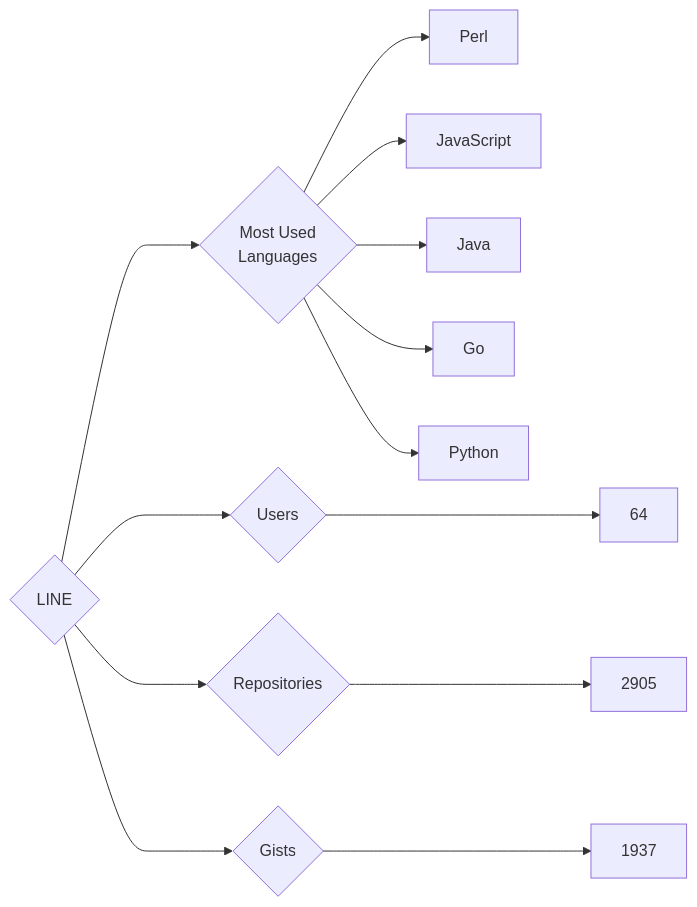
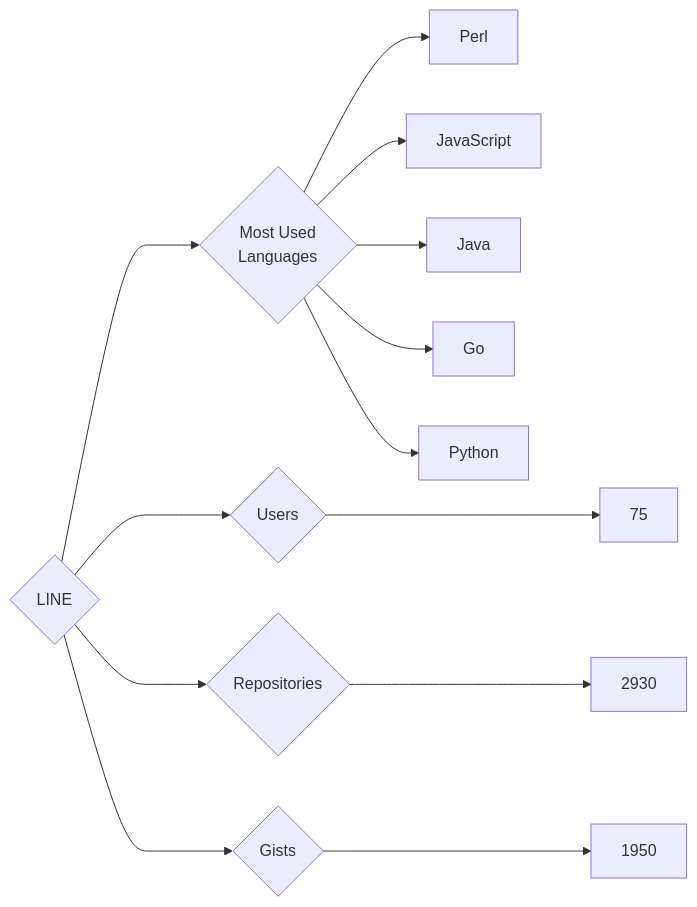
One commit to trickest/insiders changed the diagram in targets/LINE/README.md. Above: the diagram before and after it, drawn with Mermaid. The commit also changed 835 other files, not shown here.

````diff
--- a/targets/LINE/README.md
+++ b/targets/LINE/README.md
@@ -3,13 +3,13 @@
 ```mermaid
 graph LR
 COMPANY_NAME{LINE}
-COMPANY_NAME ---> U{Users} ---> UN[64]
-COMPANY_NAME ---> R{Repositories} ---> RN[2905]
-COMPANY_NAME ---> G{Gists} ---> GN[1937]
+COMPANY_NAME ---> U{Users} ---> UN[75]
+COMPANY_NAME ---> R{Repositories} ---> RN[2930]
+COMPANY_NAME ---> G{Gists} ---> GN[1950]
 COMPANY_NAME ---> ML{Most Used<br>Languages}
 ML --> Perl[Perl]
 ML --> JavaScript[JavaScript]
 ML --> Java[Java]
 ML --> Go[Go]
 ML --> Python[Python]
 ```
````
